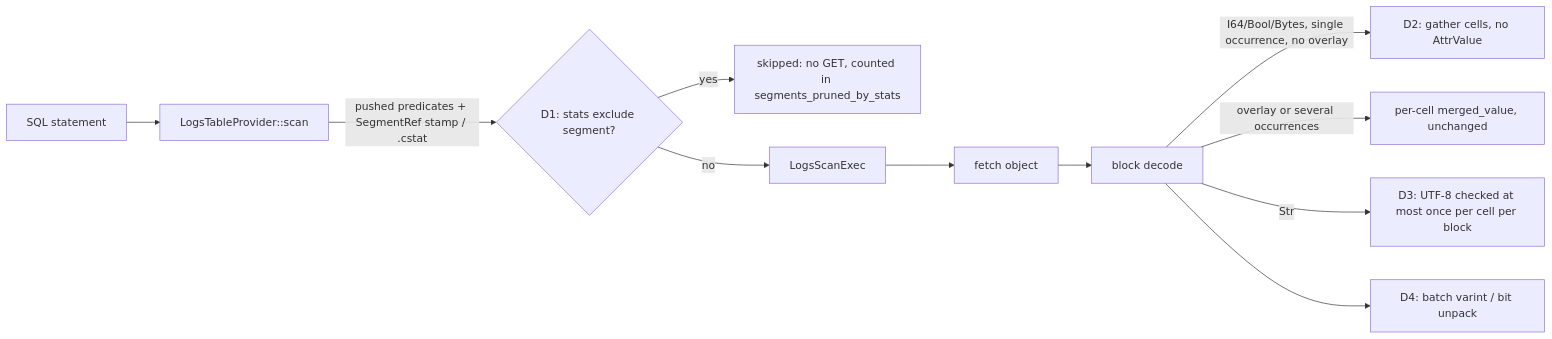
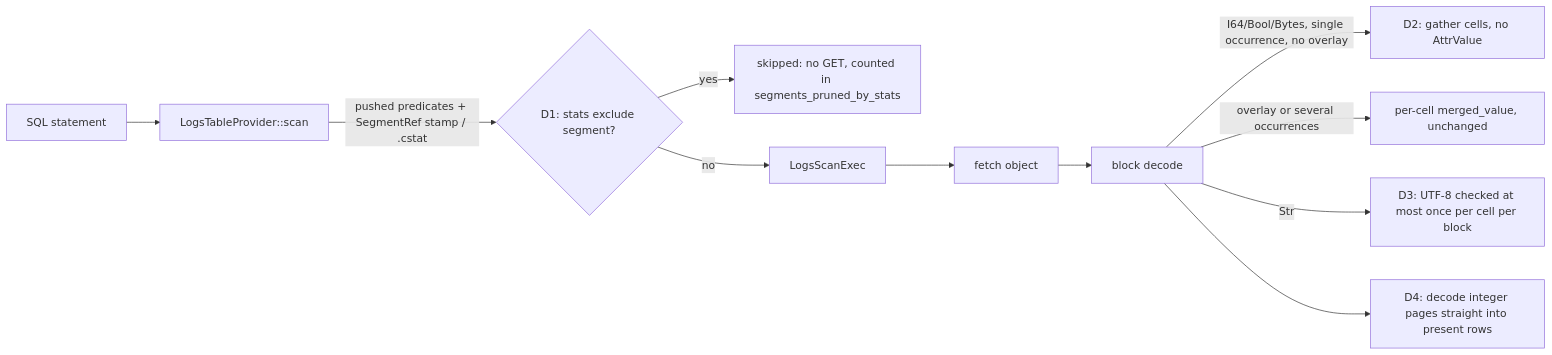
One commit to NOFireAI/ravel changed the diagram in docs/adrs/2121-rlog-hot-path-and-stats-pruning.md. Above: the diagram before and after it, drawn with Mermaid. The commit also changed other lines of this file, not shown here.

````diff
--- a/docs/adrs/2121-rlog-hot-path-and-stats-pruning.md
+++ b/docs/adrs/2121-rlog-hot-path-and-stats-pruning.md
@@ -316,13 +359,13 @@
 ```mermaid
 flowchart LR
   Q[SQL statement] --> P[LogsTableProvider::scan]
   P -->|pushed predicates + SegmentRef stamp / .cstat| D1{D1: stats exclude segment?}
   D1 -- yes --> SKIP[skipped: no GET, counted in segments_pruned_by_stats]
   D1 -- no --> S[LogsScanExec]
   S --> F[fetch object]
   F --> B[block decode]
   B -->|I64/Bool/Bytes, single occurrence, no overlay| D2[D2: gather cells, no AttrValue]
   B -->|overlay or several occurrences| OLD[per-cell merged_value, unchanged]
   B -->|Str| D3[D3: UTF-8 checked at most once per cell per block]
-  B --> D4[D4: batch varint / bit unpack]
+  B --> D4[D4: decode integer pages straight into present rows]
 ```
````
